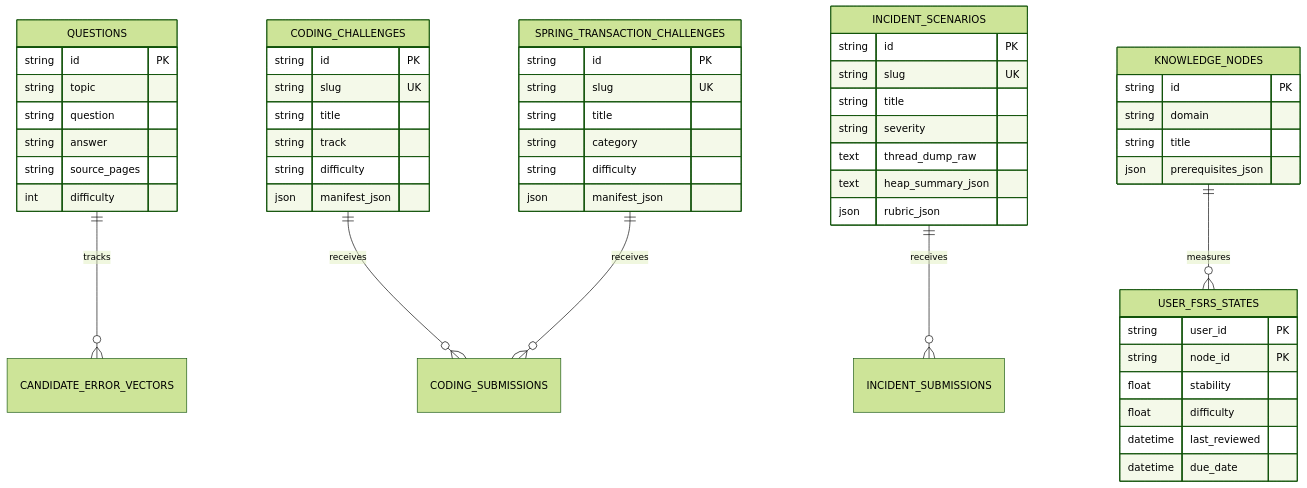
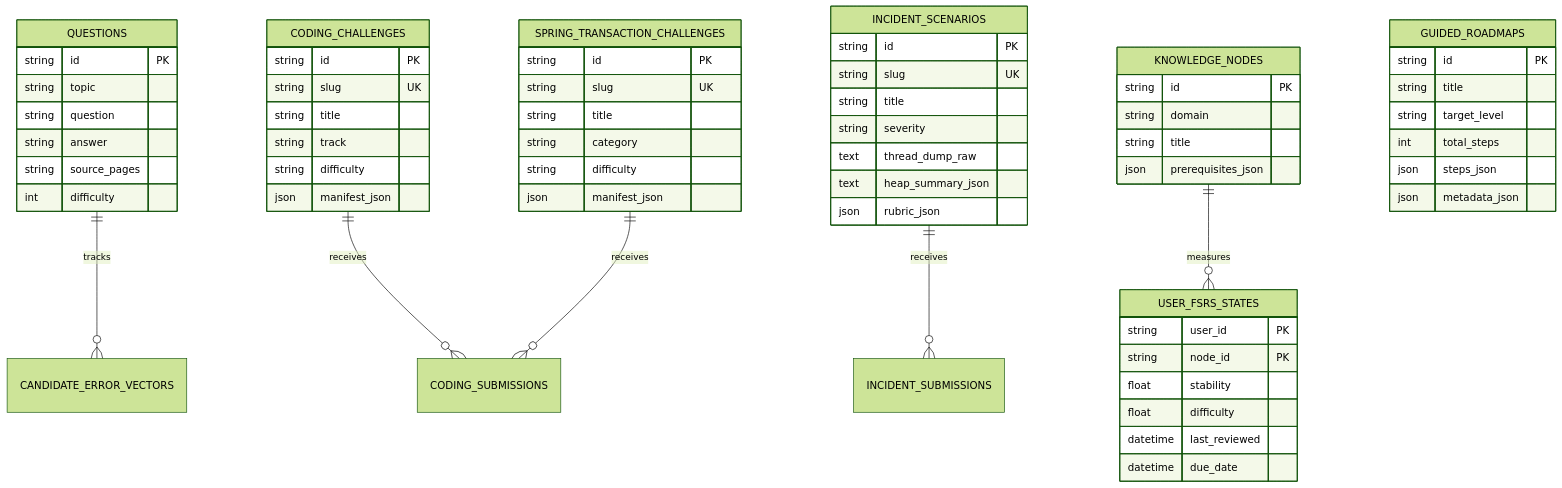
One commit to iliaIz/interview_tutor changed diagram 11 of 12 in docs/architecture.md. Above: the diagram before and after it, drawn with Mermaid (forest theme). The commit also changed other lines of this file and 6 other files, not shown here.

````diff
--- a/docs/architecture.md
+++ b/docs/architecture.md
@@ -474,61 +540,70 @@
 ```mermaid
 erDiagram
     QUESTIONS ||--o{ CANDIDATE_ERROR_VECTORS : tracks
     CODING_CHALLENGES ||--o{ CODING_SUBMISSIONS : receives
     SPRING_TRANSACTION_CHALLENGES ||--o{ CODING_SUBMISSIONS : receives
     INCIDENT_SCENARIOS ||--o{ INCIDENT_SUBMISSIONS : receives
     KNOWLEDGE_NODES ||--o{ USER_FSRS_STATES : measures
 
     QUESTIONS {
         string id PK
         string topic
         string question
         string answer
         string source_pages
         int difficulty
     }
 
     CODING_CHALLENGES {
         string id PK
         string slug UK
         string title
         string track
         string difficulty
         json manifest_json
     }
 
     SPRING_TRANSACTION_CHALLENGES {
         string id PK
         string slug UK
         string title
         string category
         string difficulty
         json manifest_json
     }
 
     INCIDENT_SCENARIOS {
         string id PK
         string slug UK
         string title
         string severity
         text thread_dump_raw
         text heap_summary_json
         json rubric_json
     }
 
     KNOWLEDGE_NODES {
         string id PK
         string domain
         string title
         json prerequisites_json
     }
 
     USER_FSRS_STATES {
         string user_id PK
         string node_id PK
         float stability
         float difficulty
         datetime last_reviewed
         datetime due_date
     }
+
+    GUIDED_ROADMAPS {
+        string id PK
+        string title
+        string target_level
+        int total_steps
+        json steps_json
+        json metadata_json
+    }
 ```
````
